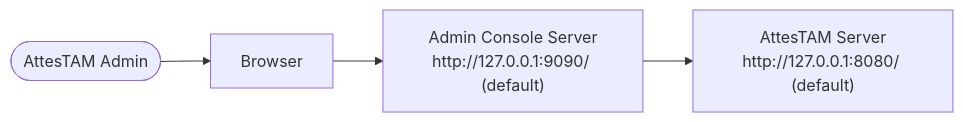
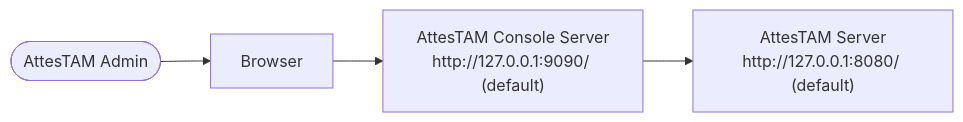
Before and after one commit to kentakayama/AttesTAM: the first of 2 diagrams in doc/ADMIN_CONSOLE_EXTERNAL_DESIGN.md, drawn with Mermaid. The commit also changed other lines of this file and 10 other files, not shown here.

Commit message:
Rename Admin Console branding to AttesTAM Console

````diff
--- a/doc/ADMIN_CONSOLE_EXTERNAL_DESIGN.md
+++ b/doc/ADMIN_CONSOLE_EXTERNAL_DESIGN.md
@@ -43,10 +43,10 @@
 ```mermaid
 flowchart LR
   A([AttesTAM Admin])
   BC[Browser]
-  AC["Admin Console Server<br>http://127.0.0.1:9090/ (default)"]
+  AC["AttesTAM Console Server<br>http://127.0.0.1:9090/ (default)"]
   TAM["AttesTAM Server<br>http://127.0.0.1:8080/ (default)"]
   A --> BC
   BC --> AC
   AC --> TAM
 ```
````
